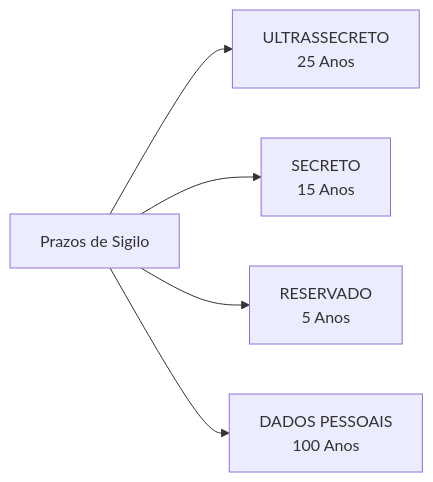
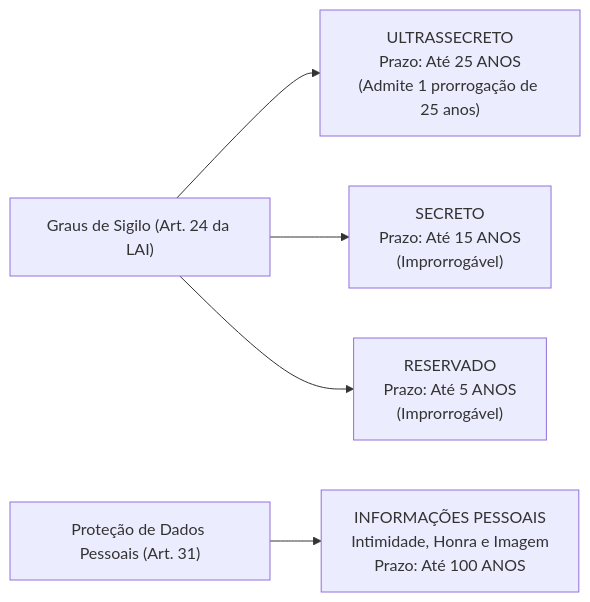
One commit to thiagosantos346/TCE-GO-2027 changed the second of 3 diagrams in fontes_de_estudo/conhecimentos_especificos_a01_tecnico_administrativo/15_nocoes_de_direito_administrativo/06_acesso_a_informacao_e_contratos_publicidade.md. Above: the diagram before and after it, drawn with Mermaid. The commit also changed other lines of this file and 119 other files, not shown here.

````diff
--- a/fontes_de_estudo/conhecimentos_especificos_a01_tecnico_administrativo/15_nocoes_de_direito_administrativo/06_acesso_a_informacao_e_contratos_publicidade.md
+++ b/fontes_de_estudo/conhecimentos_especificos_a01_tecnico_administrativo/15_nocoes_de_direito_administrativo/06_acesso_a_informacao_e_contratos_publicidade.md
@@ -81,7 +101,10 @@
 ```mermaid
 flowchart LR
-    S["Prazos de Sigilo"] --> U["ULTRASSECRETO<br/>25 Anos"]
-    S --> SEC["SECRETO<br/>15 Anos"]
-    S --> R["RESERVADO<br/>5 Anos"]
-    S --> P["DADOS PESSOAIS<br/>100 Anos"]
+    S["Graus de Sigilo (Art. 24 da LAI)"]
+    
+    S --> U["ULTRASSECRETO<br/>Prazo: Até 25 ANOS<br/>(Admite 1 prorrogação de 25 anos)"]
+    S --> SEC["SECRETO<br/>Prazo: Até 15 ANOS<br/>(Improrrogável)"]
+    S --> R["RESERVADO<br/>Prazo: Até 5 ANOS<br/>(Improrrogável)"]
+    
+    LAI_P["Proteção de Dados Pessoais (Art. 31)"] --> P["INFORMAÇÕES PESSOAIS<br/>Intimidade, Honra e Imagem<br/>Prazo: Até 100 ANOS"]
 ```
````
